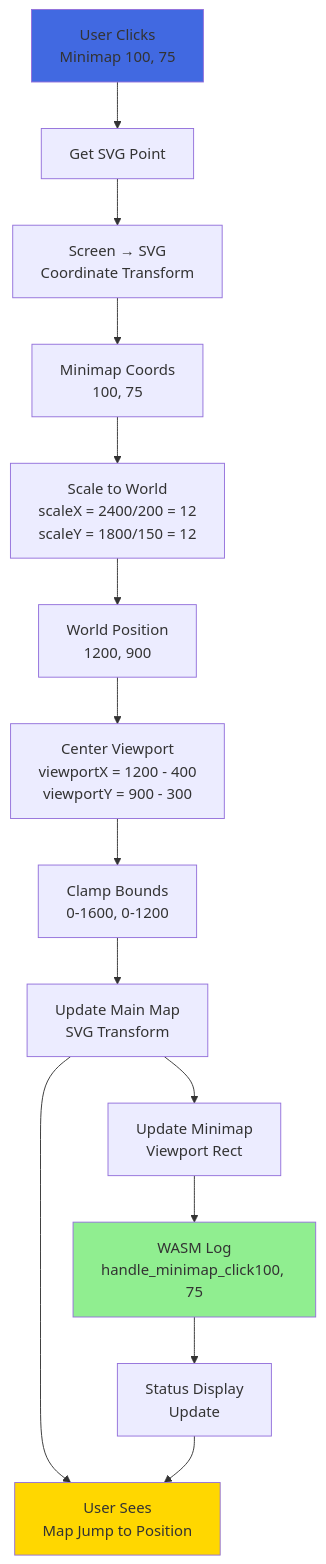
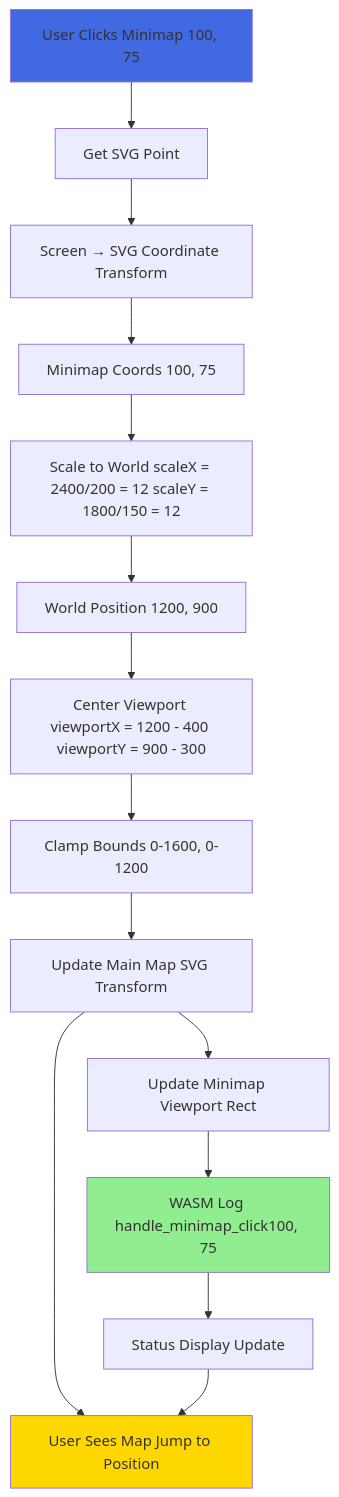
The sixth of 10 diagrams in wiki/Data-Flow.md (softwarewrighter/rts_mock), drawn with Mermaid before and after one commit. The commit also changed other lines of this file and 5 other files, not shown here.

First line of the commit message:
Fix wiki Mermaid diagrams: remove <br/> tags

````diff
--- a/wiki/Data-Flow.md
+++ b/wiki/Data-Flow.md
@@ -240,25 +240,25 @@
 ```mermaid
 flowchart TD
-    A[User Clicks<br/>Minimap 100, 75] --> B[Get SVG Point]
-    B --> C[Screen → SVG<br/>Coordinate Transform]
-    C --> D[Minimap Coords<br/>100, 75]
+    A[User Clicks Minimap 100, 75] --> B[Get SVG Point]
+    B --> C[Screen → SVG Coordinate Transform]
+    C --> D[Minimap Coords 100, 75]
 
-    D --> E[Scale to World<br/>scaleX = 2400/200 = 12<br/>scaleY = 1800/150 = 12]
-    E --> F[World Position<br/>1200, 900]
+    D --> E[Scale to World scaleX = 2400/200 = 12 scaleY = 1800/150 = 12]
+    E --> F[World Position 1200, 900]
 
-    F --> G[Center Viewport<br/>viewportX = 1200 - 400<br/>viewportY = 900 - 300]
-    G --> H[Clamp Bounds<br/>0-1600, 0-1200]
+    F --> G[Center Viewport viewportX = 1200 - 400 viewportY = 900 - 300]
+    G --> H[Clamp Bounds 0-1600, 0-1200]
 
-    H --> I[Update Main Map<br/>SVG Transform]
-    I --> J[Update Minimap<br/>Viewport Rect]
+    H --> I[Update Main Map SVG Transform]
+    I --> J[Update Minimap Viewport Rect]
 
-    J --> K[WASM Log<br/>handle_minimap_click100, 75]
-    K --> L[Status Display<br/>Update]
+    J --> K[WASM Log handle_minimap_click100, 75]
+    K --> L[Status Display Update]
 
-    I --> M[User Sees<br/>Map Jump to Position]
+    I --> M[User Sees Map Jump to Position]
     L --> M
 
     style A fill:#4169E1
     style K fill:#90EE90
     style M fill:#FFD700
 ```
````
